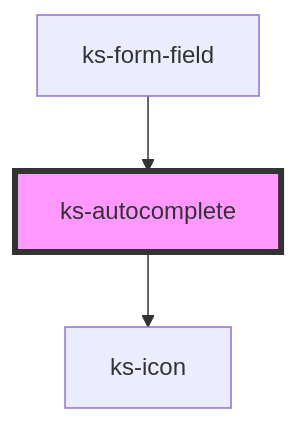
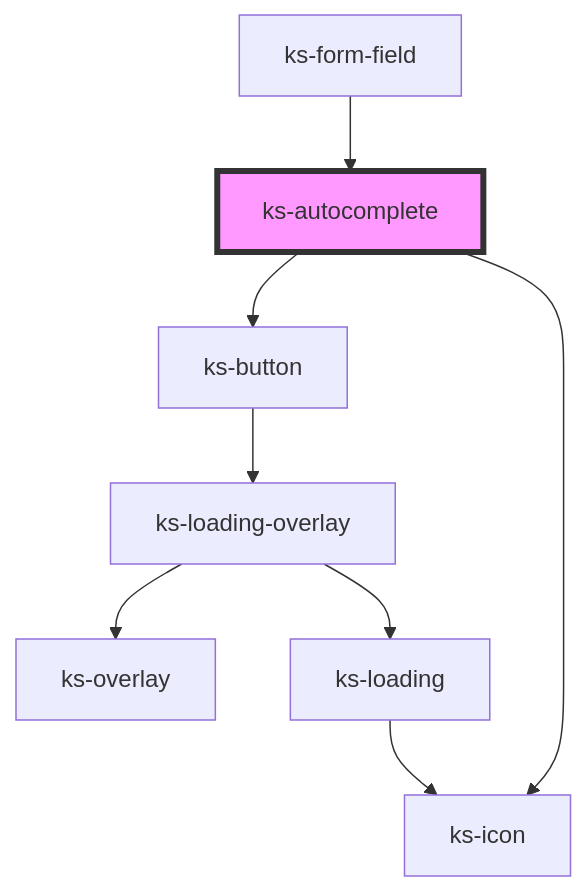
The diagram in src/scripts/components/form-field/autocomplete/readme.md (kickstand-ui/kickstand-ui), drawn with Mermaid before and after one commit. The commit also changed other lines of this file and 405 other files, not shown here.

````diff
--- a/src/scripts/components/form-field/autocomplete/readme.md
+++ b/src/scripts/components/form-field/autocomplete/readme.md
@@ -51,6 +52,11 @@
 ```mermaid
 graph TD;
+  ks-autocomplete --> ks-button
   ks-autocomplete --> ks-icon
+  ks-button --> ks-loading-overlay
+  ks-loading-overlay --> ks-overlay
+  ks-loading-overlay --> ks-loading
+  ks-loading --> ks-icon
   ks-form-field --> ks-autocomplete
   style ks-autocomplete fill:#f9f,stroke:#333,stroke-width:4px
 ```
````
